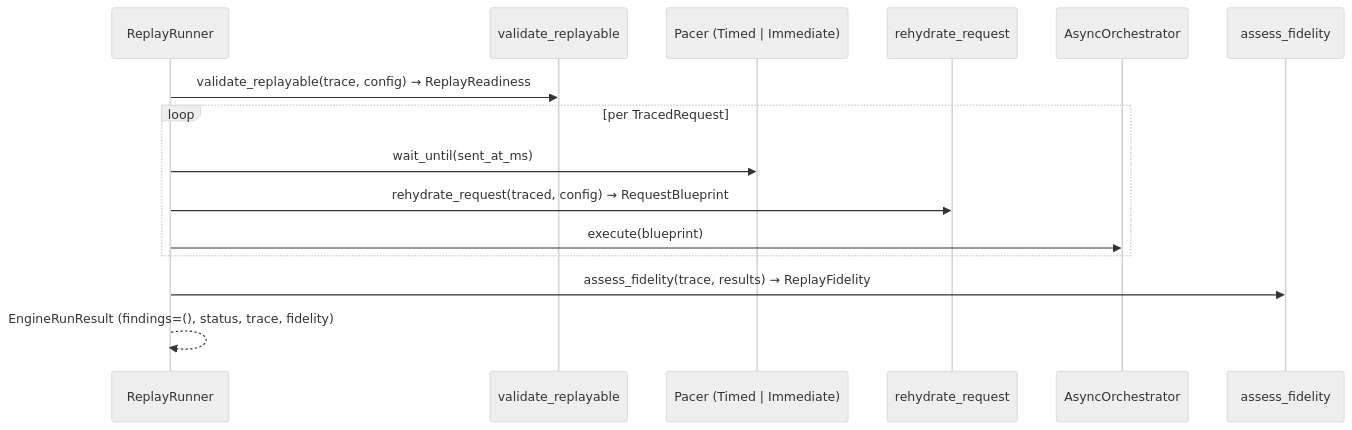
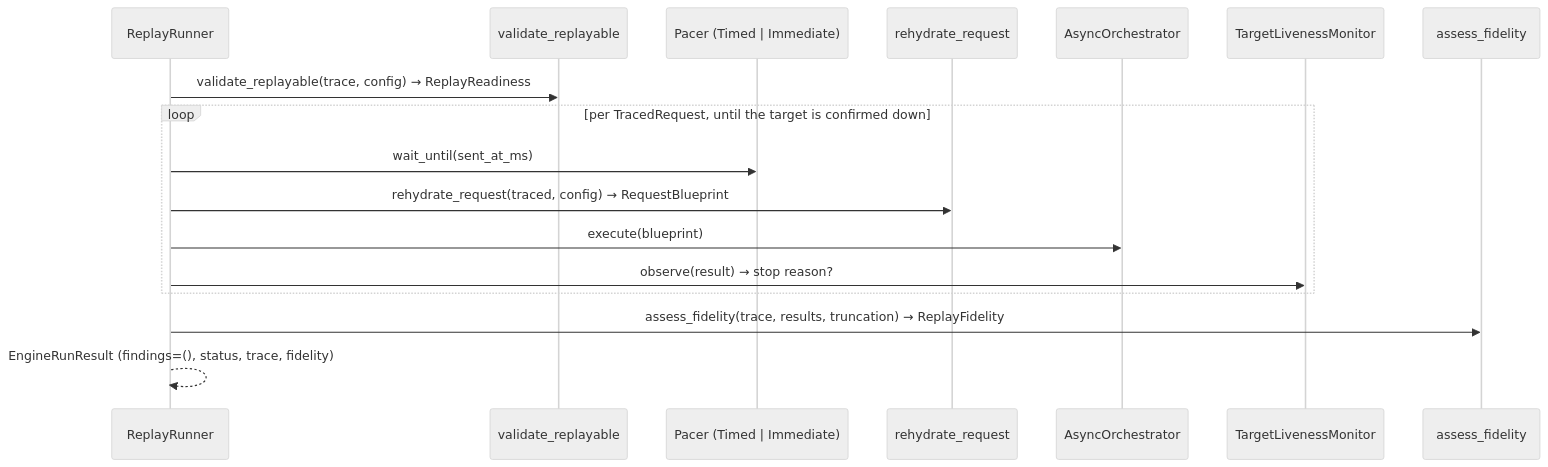
Before and after one commit to Spec-Forge-Testing/specforge-docs: the third of 6 diagrams in docs/modules/custom-schemathesis/execution-modes.md, drawn with Mermaid (neutral theme). The commit also changed other lines of this file and 2 other files, not shown here.

Commit message:
docs(engine): document a replay stopping when its target goes down

````diff
--- a/docs/modules/custom-schemathesis/execution-modes.md
+++ b/docs/modules/custom-schemathesis/execution-modes.md
@@ -119,18 +120,20 @@
 ```mermaid
 sequenceDiagram
     participant RR as ReplayRunner
     participant VR as validate_replayable
     participant P as Pacer (Timed | Immediate)
     participant Rh as rehydrate_request
     participant Orch as AsyncOrchestrator
+    participant LM as TargetLivenessMonitor
     participant Fi as assess_fidelity
 
     RR->>VR: validate_replayable(trace, config) → ReplayReadiness
-    loop per TracedRequest
+    loop per TracedRequest, until the target is confirmed down
         RR->>P: wait_until(sent_at_ms)
         RR->>Rh: rehydrate_request(traced, config) → RequestBlueprint
         RR->>Orch: execute(blueprint)
+        RR->>LM: observe(result) → stop reason?
     end
-    RR->>Fi: assess_fidelity(trace, results) → ReplayFidelity
+    RR->>Fi: assess_fidelity(trace, results, truncation) → ReplayFidelity
     RR-->>RR: EngineRunResult (findings=(), status, trace, fidelity)
 ```
````
